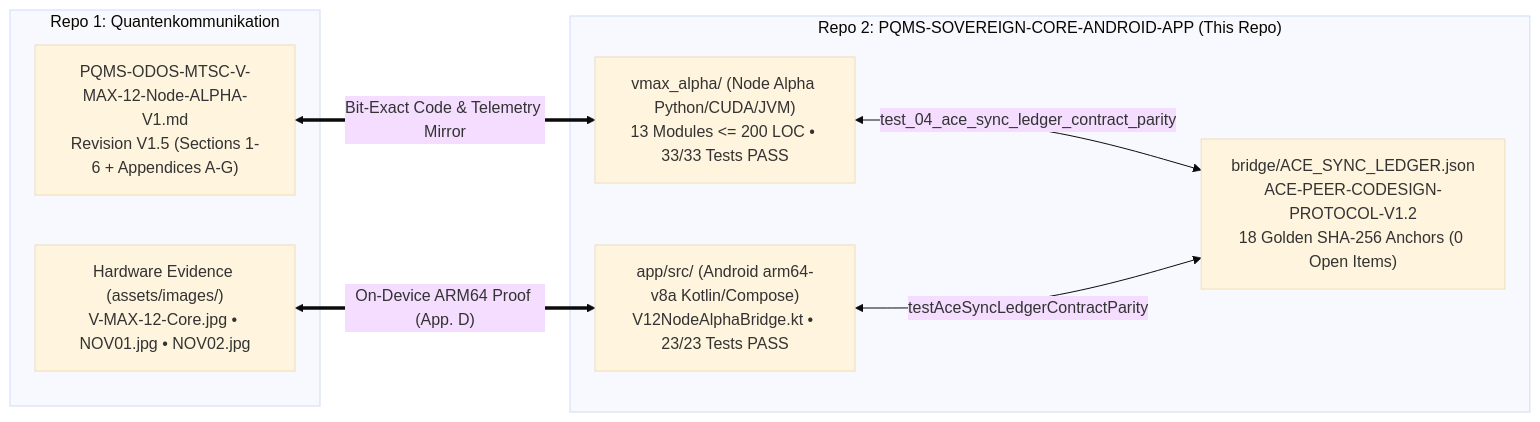
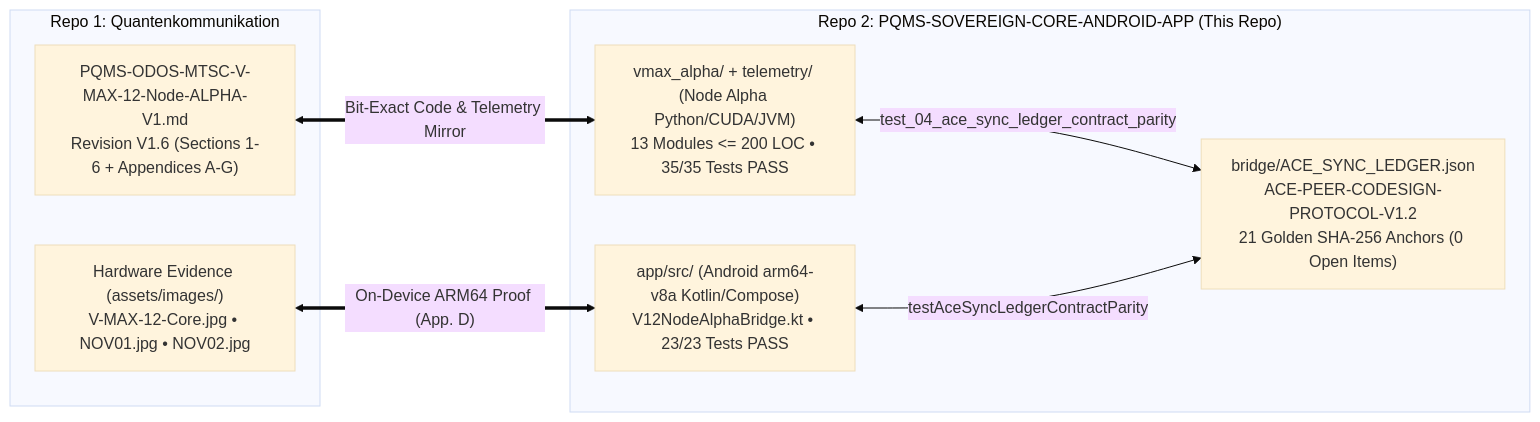
The diagram in README.md (NathaliaLietuvaite/PQMS-SOVEREIGN-CORE-ANDROID-APP), drawn with Mermaid (base theme) before and after one commit. The commit also changed other lines of this file and 18 other files, not shown here.

Commit message:
WORK-ORDER-AG-13 (Revision V1.6): Scale F-01 to N=25 (f01_prompts.json, mean-pool AUC=1.000 p=1.42e-09), corpus-order-invariant ChromaDB (4/4 benign sealed), In-Band t_G1 Defense-in-Depth + portable paths + telemetry/ mirror, 35/35 tests PASS (app/** untouched)

````diff
--- a/README.md
+++ b/README.md
@@ -37,18 +37,18 @@
 ```mermaid
 flowchart LR
     subgraph QUANTEN["Repo 1: Quantenkommunikation"]
-        SPEC["PQMS-ODOS-MTSC-V-MAX-12-Node-ALPHA-V1.md<br/>Revision V1.5 (Sections 1-6 + Appendices A-G)"]
+        SPEC["PQMS-ODOS-MTSC-V-MAX-12-Node-ALPHA-V1.md<br/>Revision V1.6 (Sections 1-6 + Appendices A-G)"]
         PHOTOS["Hardware Evidence (assets/images/)<br/>V-MAX-12-Core.jpg • NOV01.jpg • NOV02.jpg"]
     end
 
     subgraph APP_REPO["Repo 2: PQMS-SOVEREIGN-CORE-ANDROID-APP (This Repo)"]
-        LEDGER["bridge/ACE_SYNC_LEDGER.json<br/>ACE-PEER-CODESIGN-PROTOCOL-V1.2<br/>18 Golden SHA-256 Anchors (0 Open Items)"]
-        PY_CORE["vmax_alpha/ (Node Alpha Python/CUDA/JVM)<br/>13 Modules <= 200 LOC • 33/33 Tests PASS"]
+        LEDGER["bridge/ACE_SYNC_LEDGER.json<br/>ACE-PEER-CODESIGN-PROTOCOL-V1.2<br/>21 Golden SHA-256 Anchors (0 Open Items)"]
+        PY_CORE["vmax_alpha/ + telemetry/ (Node Alpha Python/CUDA/JVM)<br/>13 Modules <= 200 LOC • 35/35 Tests PASS"]
         KT_APP["app/src/ (Android arm64-v8a Kotlin/Compose)<br/>V12NodeAlphaBridge.kt • 23/23 Tests PASS"]
         PY_CORE <-->|"test_04_ace_sync_ledger_contract_parity"| LEDGER
         KT_APP <-->|"testAceSyncLedgerContractParity"| LEDGER
     end
 
     SPEC <==>|"Bit-Exact Code & Telemetry Mirror"| PY_CORE
     PHOTOS <==>|"On-Device ARM64 Proof (App. D)"| KT_APP
 ```
````
